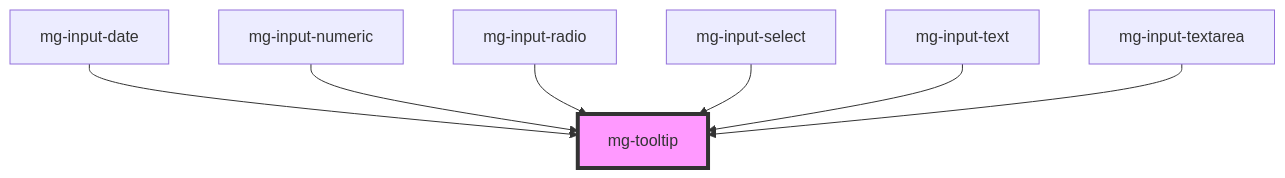
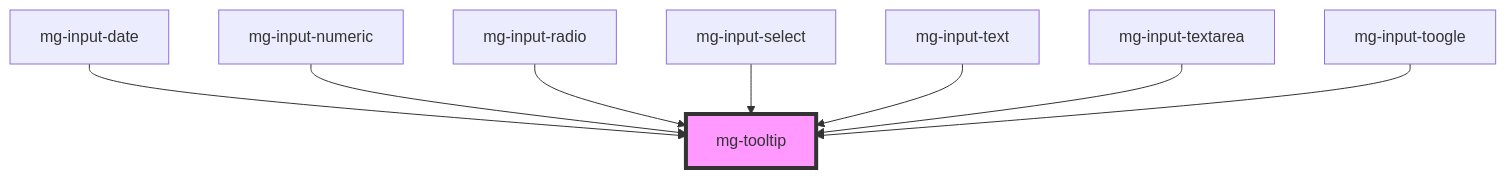
The diagram in src/components/atoms/mg-tooltip/readme.md (MGDIS/mg-components), drawn with Mermaid before and after one commit. The commit also changed other lines of this file and 14 other files, not shown here.

First line of the commit message:
feat(mgToogle): add mg-input-toogle component

````diff
--- a/src/components/atoms/mg-tooltip/readme.md
+++ b/src/components/atoms/mg-tooltip/readme.md
@@ -28,10 +29,11 @@
 ```mermaid
 graph TD;
   mg-input-date --> mg-tooltip
   mg-input-numeric --> mg-tooltip
   mg-input-radio --> mg-tooltip
   mg-input-select --> mg-tooltip
   mg-input-text --> mg-tooltip
   mg-input-textarea --> mg-tooltip
+  mg-input-toogle --> mg-tooltip
   style mg-tooltip fill:#f9f,stroke:#333,stroke-width:4px
 ```
````
